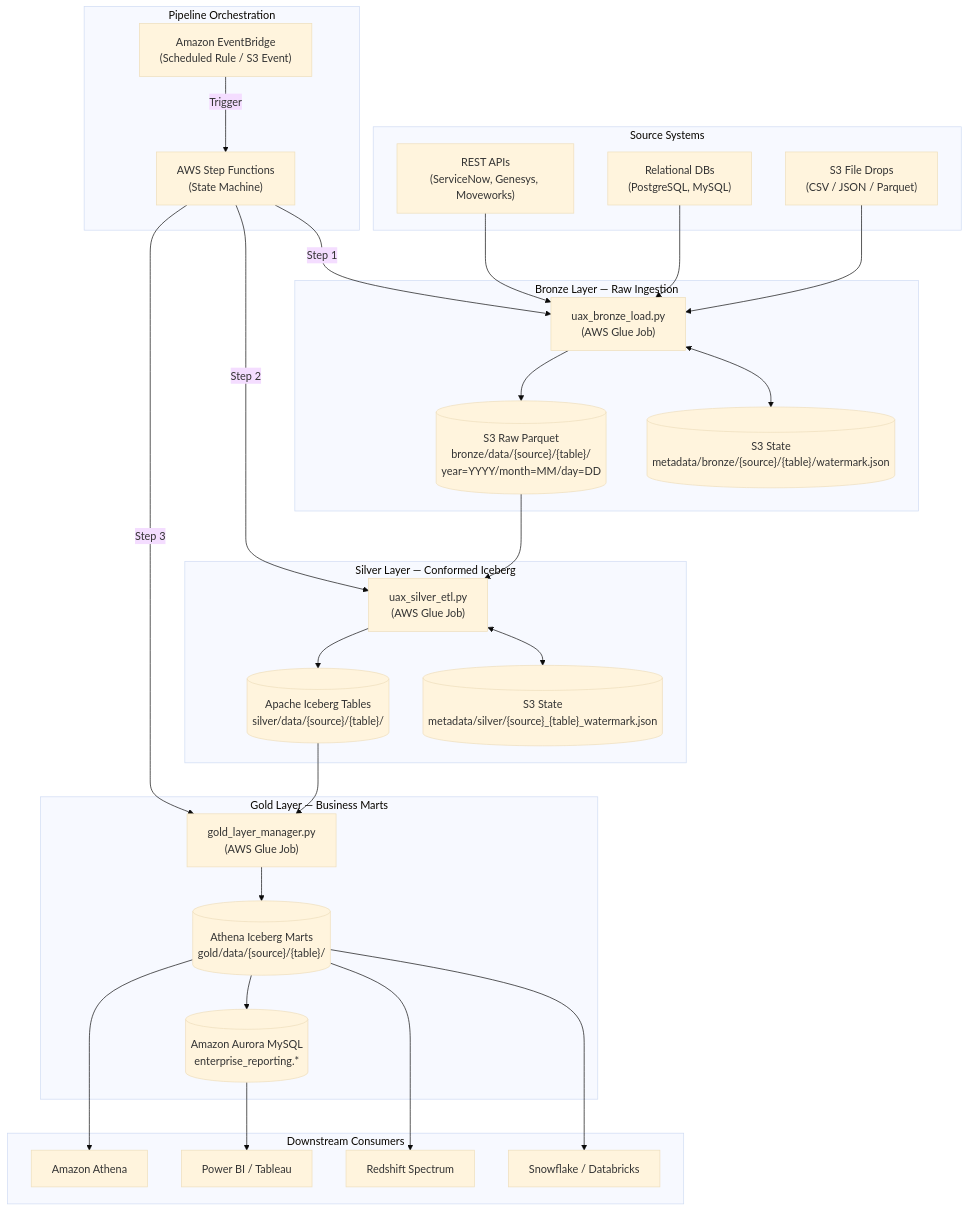
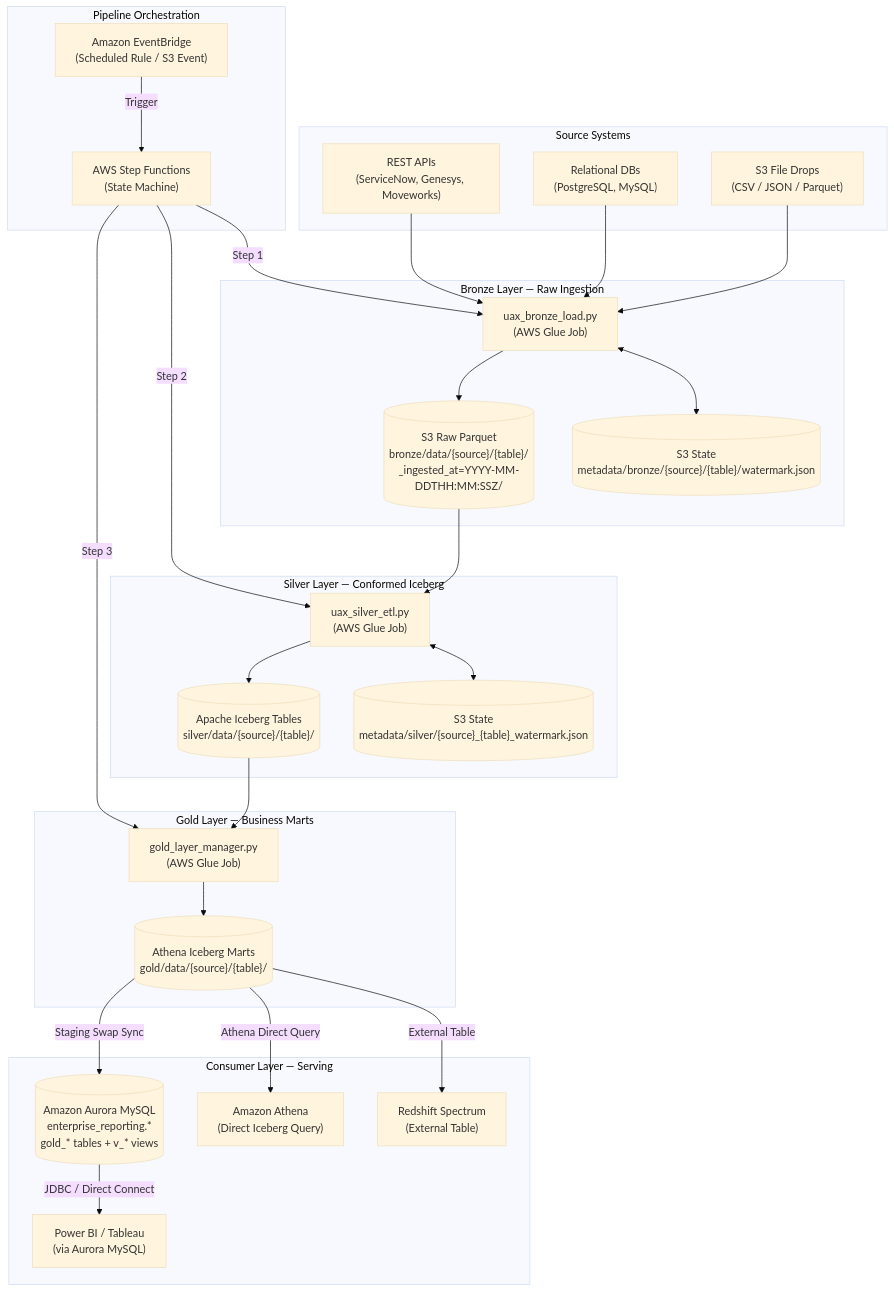
The first of 2 diagrams in docs/ARCHITECTURE.md (Nilkamal-m/Data-pipeline), drawn with Mermaid (base theme) before and after one commit. The commit also changed other lines of this file, not shown here.

Commit message:
docs: Rewrite ARCHITECTURE.md Section 5 with expert-level details

````diff
--- a/docs/ARCHITECTURE.md
+++ b/docs/ARCHITECTURE.md
@@ -15,63 +15,61 @@
 ```mermaid
 flowchart TD
     subgraph Orchestration["Pipeline Orchestration"]
         EB["Amazon EventBridge\n(Scheduled Rule / S3 Event)"]
         SF["AWS Step Functions\n(State Machine)"]
         EB -->|Trigger| SF
     end
 
     subgraph Sources["Source Systems"]
         REST["REST APIs\n(ServiceNow, Genesys, Moveworks)"]
         DB["Relational DBs\n(PostgreSQL, MySQL)"]
         S3SRC["S3 File Drops\n(CSV / JSON / Parquet)"]
     end
 
     subgraph Bronze["Bronze Layer — Raw Ingestion"]
         BJ["uax_bronze_load.py\n(AWS Glue Job)"]
-        BS3[("S3 Raw Parquet\nbronze/data/{source}/{table}/\nyear=YYYY/month=MM/day=DD")]
+        BS3[("S3 Raw Parquet\nbronze/data/{source}/{table}/\n_ingested_at=YYYY-MM-DDTHH:MM:SSZ/")]
         BWMK[("S3 State\nmetadata/bronze/{source}/{table}/watermark.json")]
     end
 
     subgraph Silver["Silver Layer — Conformed Iceberg"]
         SJ["uax_silver_etl.py\n(AWS Glue Job)"]
         SICEBERG[("Apache Iceberg Tables\nsilver/data/{source}/{table}/")]
         SWMK[("S3 State\nmetadata/silver/{source}_{table}_watermark.json")]
     end
 
     subgraph Gold["Gold Layer — Business Marts"]
         GJ["gold_layer_manager.py\n(AWS Glue Job)"]
         GICEBERG[("Athena Iceberg Marts\ngold/data/{source}/{table}/")]
-        GAURORA[("Amazon Aurora MySQL\nenterprise_reporting.*")]
     end
 
-    subgraph Consume["Downstream Consumers"]
-        ATHENA["Amazon Athena"]
-        BI["Power BI / Tableau"]
-        RS["Redshift Spectrum"]
-        SNO["Snowflake / Databricks"]
+    subgraph Consumer["Consumer Layer — Serving"]
+        AURORA[("Amazon Aurora MySQL\nenterprise_reporting.*\ngold_* tables + v_* views")]
+        ATHENA["Amazon Athena\n(Direct Iceberg Query)"]
+        BI["Power BI / Tableau\n(via Aurora MySQL)"]
+        RS["Redshift Spectrum\n(External Table)"]
     end
 
     SF -->|Step 1| BJ
     SF -->|Step 2| SJ
     SF -->|Step 3| GJ
 
     REST --> BJ
     DB --> BJ
     S3SRC --> BJ
 
     BJ --> BS3
     BJ <--> BWMK
 
     BS3 --> SJ
     SJ --> SICEBERG
     SJ <--> SWMK
 
     SICEBERG --> GJ
     GJ --> GICEBERG
 
-    GICEBERG --> ATHENA
-    GICEBERG --> RS
-    GICEBERG --> SNO
-    GICEBERG --> GAURORA
-    GAURORA --> BI
+    GICEBERG -->|Athena Direct Query| ATHENA
+    GICEBERG -->|Staging Swap Sync| AURORA
+    GICEBERG -->|External Table| RS
+    AURORA -->|JDBC / Direct Connect| BI
 ```
````
